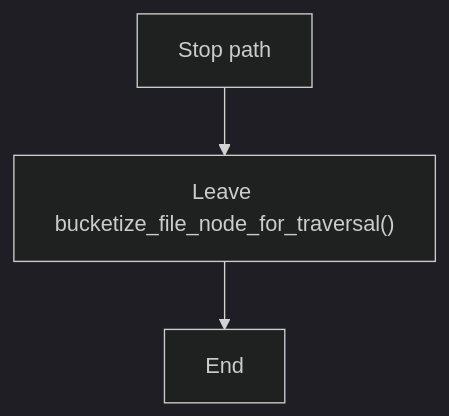
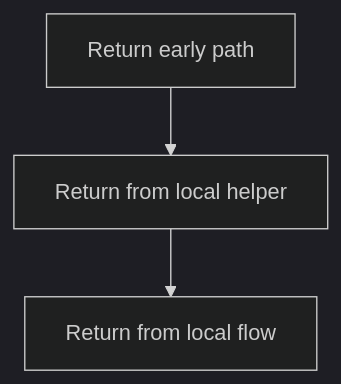
The second of 4 diagrams in docs/Codebase/Microservice/Modules/Source/Trees/ClassGeneration/Actual/Internal/bucket.cpp.md (JohnAndrewBalbarosa/NeoTerritory), drawn with Mermaid (dark theme) before and after one commit. The commit also changed other lines of this file and 925 other files, not shown here.

````diff
--- a/docs/Codebase/Microservice/Modules/Source/Trees/ClassGeneration/Actual/Internal/bucket.cpp.md
+++ b/docs/Codebase/Microservice/Modules/Source/Trees/ClassGeneration/Actual/Internal/bucket.cpp.md
@@ -56,8 +55,8 @@
 ```mermaid
 flowchart TD
-    N0["Stop path"]
-    N1["Leave bucketize_file_node_for_traversal()"]
-    N2["End"]
+    N0["Return early path"]
+    N1["Return from local helper"]
+    N2["Return from local flow"]
     N0 --> N1
     N1 --> N2
 ```
````
